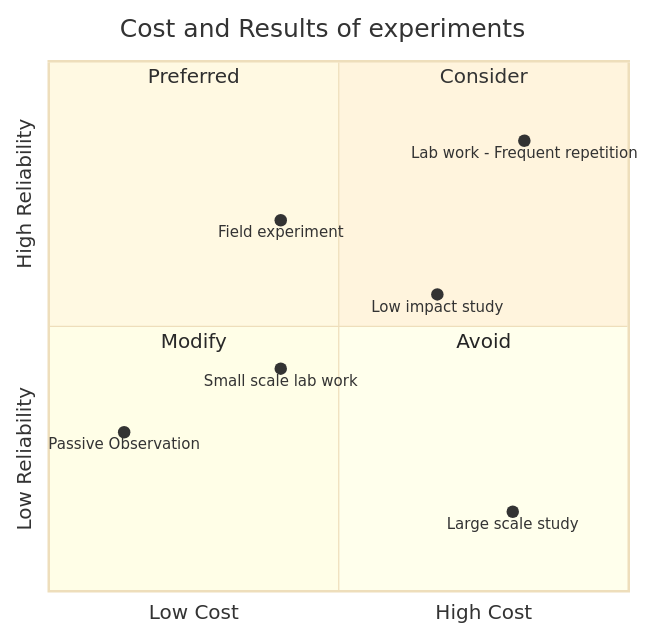
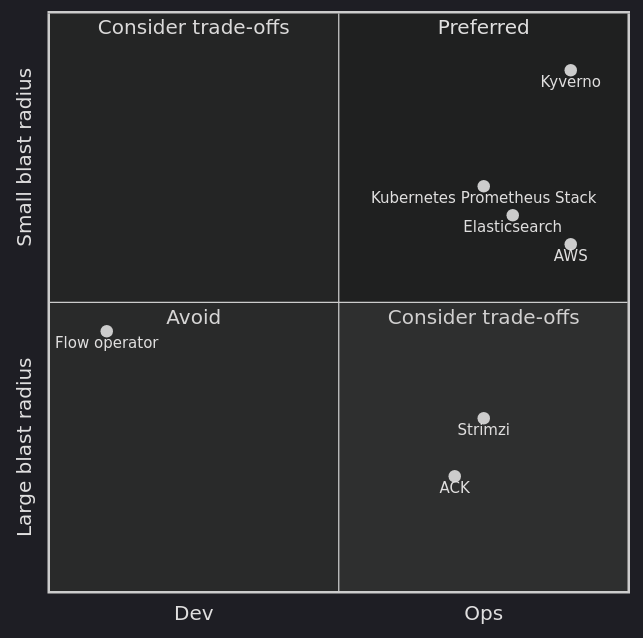
The diagram in mermaid/quadrant.mmd (gerald1248/operator-antipattern-slides), drawn with Mermaid before and after one commit. The commit also changed other lines of this file and 27 other files, not shown here.

```diff
--- a/mermaid/quadrant.mmd
+++ b/mermaid/quadrant.mmd
@@ -1,18 +1,18 @@
 ---
 config:
-  theme: base
+  theme: dark
 ---
 quadrantChart
-    title Cost and Results of experiments
-    x-axis Low Cost --> High Cost
-    y-axis Low Reliability --> High Reliability
-    quadrant-1 Consider
-    quadrant-2 Preferred
-    quadrant-3 Modify
-    quadrant-4 Avoid
-    Passive Observation: [0.13, 0.3]
-    Field experiment: [0.4, 0.7]
-    Small scale lab work: [0.4, 0.42]
-    Lab work - Frequent repetition: [0.82, 0.85]
-    Large scale study: [0.8, 0.15]
-    Low impact study: [0.67, 0.56]
+    x-axis Dev --> Ops
+    y-axis Large blast radius --> Small blast radius
+    quadrant-1 Preferred
+    quadrant-2 Consider trade-offs
+    quadrant-3 Avoid
+    quadrant-4 Consider trade-offs
+    Kyverno: [0.9, 0.9]
+    Kubernetes Prometheus Stack: [0.75, 0.7]
+    Flow operator: [0.1, 0.45]
+    Strimzi: [0.75, 0.3]
+    Elasticsearch: [0.8, 0.65]
+    AWS: [0.9, 0.6]
+    ACK: [0.70, 0.2]
```
